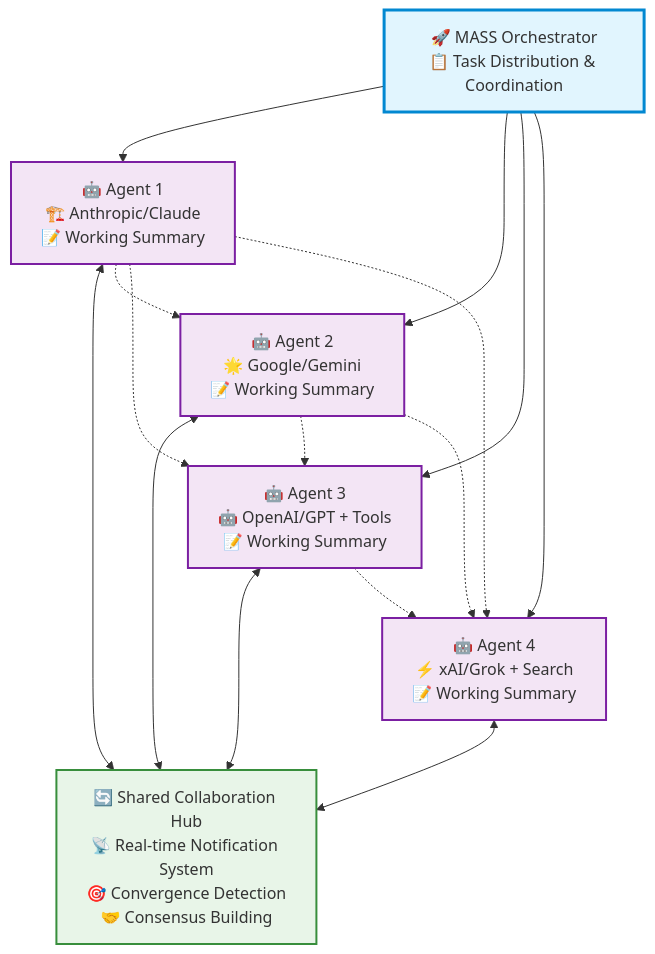
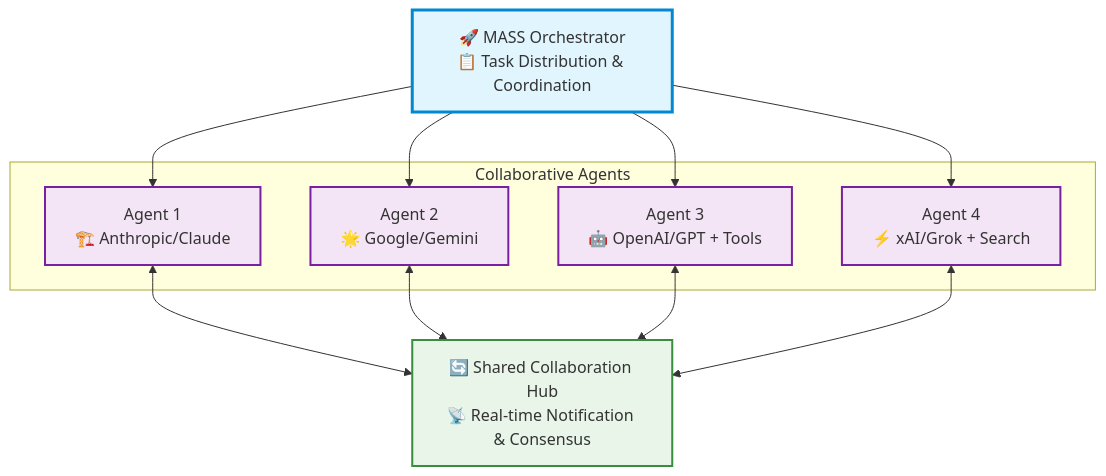
The diagram in README.md (qidanrui/MassGen), drawn with Mermaid before and after one commit. The commit also changed other lines of this file, not shown here.

````diff
--- a/README.md
+++ b/README.md
@@ -34,37 +44,24 @@
 ```mermaid
 graph TB
     O[🚀 MASS Orchestrator<br/>📋 Task Distribution & Coordination]
 
-    A1[🤖 Agent 1<br/>🏗️ Anthropic/Claude<br/>📝 Working Summary]
-    A2[🤖 Agent 2<br/>🌟 Google/Gemini<br/>📝 Working Summary]
-    A3[🤖 Agent 3<br/>🤖 OpenAI/GPT + Tools<br/>📝 Working Summary]
-    A4[🤖 Agent 4<br/>⚡ xAI/Grok + Search<br/>📝 Working Summary]
+    subgraph Collaborative Agents
+        A1[Agent 1<br/>🏗️ Anthropic/Claude]
+        A2[Agent 2<br/>🌟 Google/Gemini]
+        A3[Agent 3<br/>🤖 OpenAI/GPT + Tools]
+        A4[Agent 4<br/>⚡ xAI/Grok + Search]
+    end
 
-    H[🔄 Shared Collaboration Hub<br/>📡 Real-time Notification System<br/>🎯 Convergence Detection<br/>🤝 Consensus Building]
+    H[🔄 Shared Collaboration Hub<br/>📡 Real-time Notification & Consensus]
 
-    O --> A1
-    O --> A2
-    O --> A3
-    O --> A4
-
-    A1 <--> H
-    A2 <--> H
-    A3 <--> H
-    A4 <--> H
-
-    A1 -.-> A2
-    A1 -.-> A3
-    A1 -.-> A4
-    A2 -.-> A3
-    A2 -.-> A4
-    A3 -.-> A4
+    O --> A1 & A2 & A3 & A4
+    A1 & A2 & A3 & A4 <--> H
 
     classDef orchestrator fill:#e1f5fe,stroke:#0288d1,stroke-width:3px
     classDef agent fill:#f3e5f5,stroke:#7b1fa2,stroke-width:2px
     classDef hub fill:#e8f5e8,stroke:#388e3c,stroke-width:2px
-    classDef collaboration stroke:#ff9800,stroke-width:1px,stroke-dasharray: 5 5
 
     class O orchestrator
     class A1,A2,A3,A4 agent
     class H hub
 ```
````
